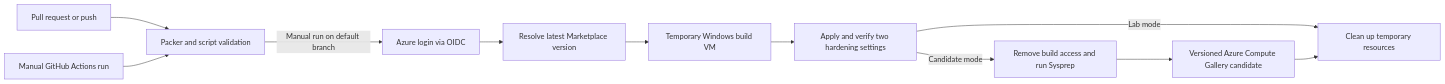
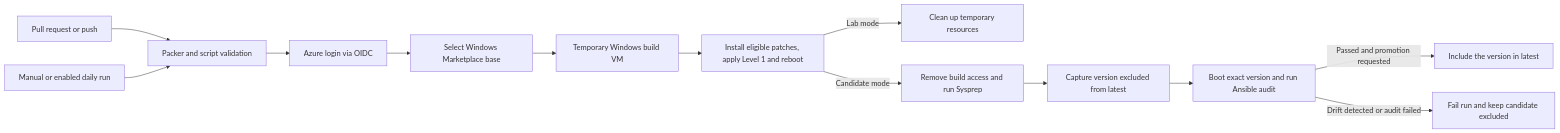
One commit to azanyahisrael/azure-windows-server-2025-packer-lab changed the diagram in README.md. Above: the diagram before and after it, drawn with Mermaid. The commit also changed other lines of this file and 10 other files, not shown here.

```diff
--- a/README.md
+++ b/README.md
@@ -30,13 +31,15 @@
 ~~~mermaid
 flowchart LR
     PR["Pull request or push"] --> Validate["Packer and script validation"]
-    Manual["Manual GitHub Actions run"] --> Validate
-    Validate -->|Manual run on default branch| Login["Azure login via OIDC"]
-    Login --> Base["Resolve latest Marketplace version"]
+    Manual["Manual or enabled daily run"] --> Validate
+    Validate --> Login["Azure login via OIDC"]
+    Login --> Base["Select Windows Marketplace base"]
     Base --> VM["Temporary Windows build VM"]
-    VM --> Checks["Apply and verify two hardening settings"]
+    VM --> Checks["Install eligible patches, apply Level 1 and reboot"]
     Checks -->|Lab mode| Cleanup["Clean up temporary resources"]
     Checks -->|Candidate mode| Generalize["Remove build access and run Sysprep"]
-    Generalize --> Gallery["Versioned Azure Compute Gallery candidate"]
-    Gallery --> Cleanup
+    Generalize --> Gallery["Capture version excluded from latest"]
+    Gallery --> Drift["Boot exact version and run Ansible audit"]
+    Drift -->|Passed and promotion requested| Promote["Include the version in latest"]
+    Drift -->|Drift detected or audit failed| Failed["Fail run and keep candidate excluded"]
 ~~~
```
